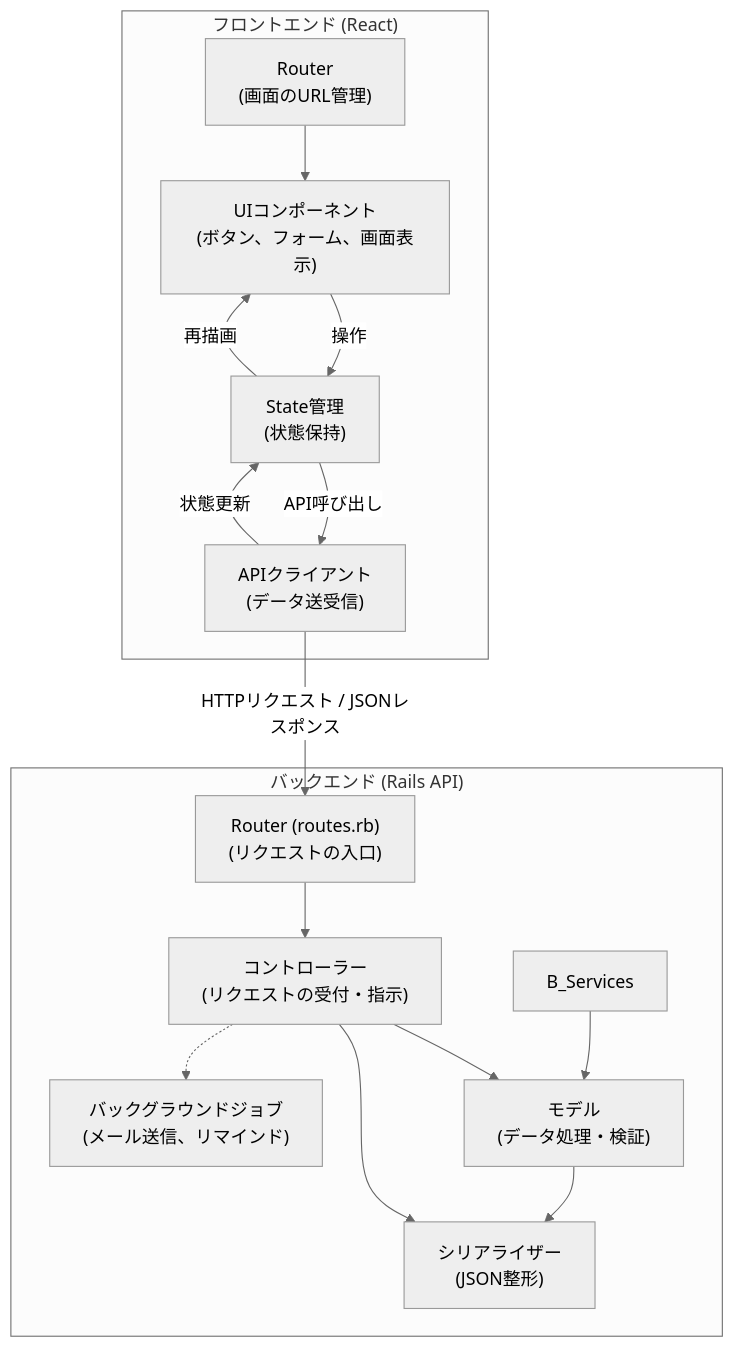
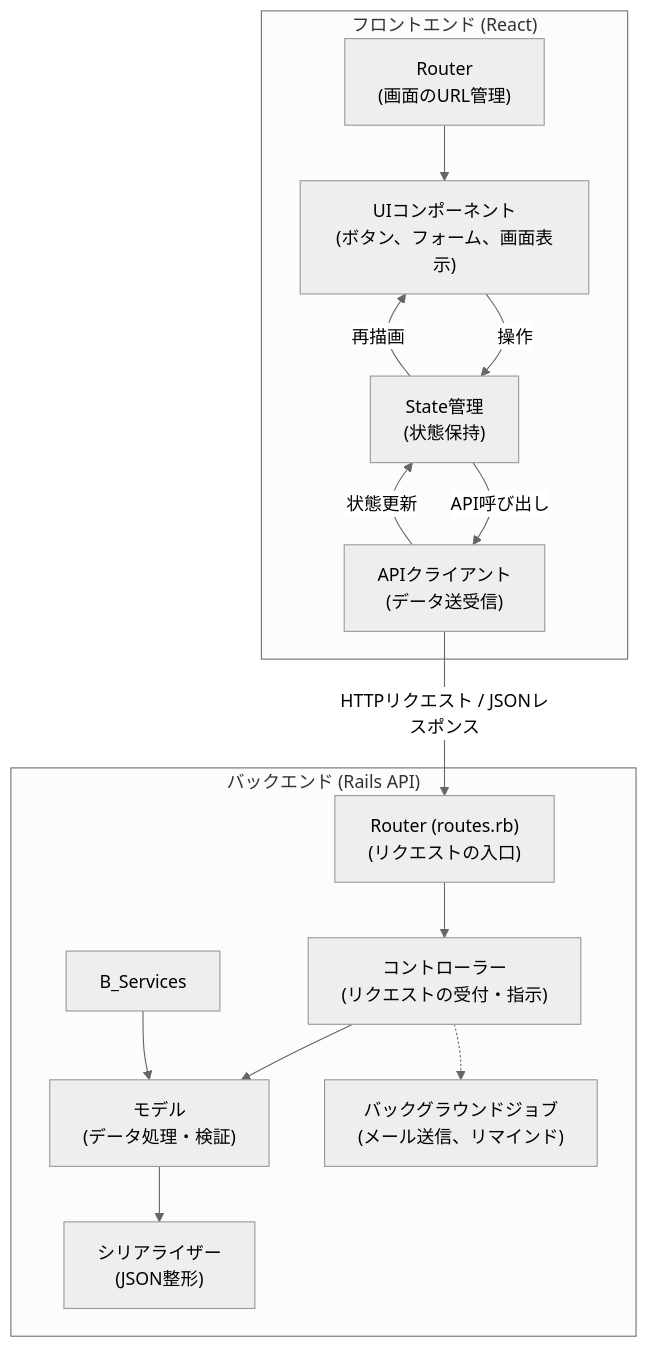
The ninth of 9 diagrams in documents/design.md (compile425/yubikirigennmann), drawn with Mermaid (neutral theme) before and after one commit.

````diff
--- a/documents/design.md
+++ b/documents/design.md
@@ -265,22 +265,21 @@
 ```mermaid
 graph TD
     subgraph "フロントエンド (React)"
         F_Router["Router<br>(画面のURL管理)"] --> F_Components["UIコンポーネント<br>(ボタン、フォーム、画面表示)"]
         F_Components -- "操作" --> F_State["State管理<br>(状態保持)"]
         F_State -- "API呼び出し" --> F_API["APIクライアント<br>(データ送受信)"]
         F_API -- "状態更新" --> F_State
         F_State -- "再描画" --> F_Components
     end
 
     subgraph "バックエンド (Rails API)"
         B_Router["Router (routes.rb)<br>(リクエストの入口)"] --> B_Controllers["コントローラー<br>(リクエストの受付・指示)"]
         B_Controllers --> B_Models["モデル<br>(データ処理・検証)"]
         B_Services --> B_Models
         B_Models --> B_Serializers["シリアライザー<br>(JSON整形)"]
-        B_Controllers --> B_Serializers
         B_Controllers -.-> B_Jobs["バックグラウンドジョブ<br>(メール送信、リマインド)"]
     end
 
     %% フロントエンドとバックエンドの連携
     F_API -- "HTTPリクエスト / JSONレスポンス" --> B_Router
 ```
````
